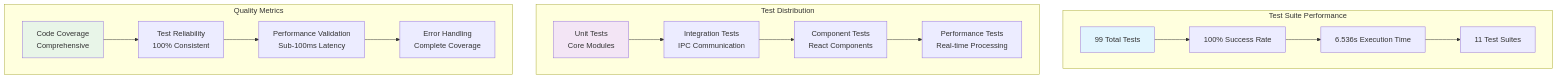
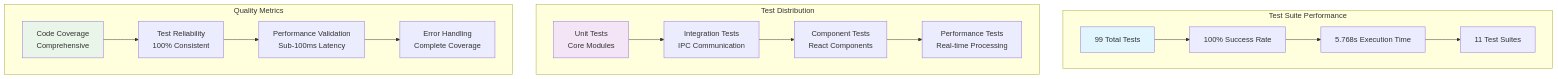
The first of 7 diagrams in evidence/PERFORMANCE-METRICS.md (Interlaken0/temperature-plotter), drawn with Mermaid before and after one commit. The commit also changed other lines of this file, not shown here.

````diff
--- a/evidence/PERFORMANCE-METRICS.md
+++ b/evidence/PERFORMANCE-METRICS.md
@@ -40,24 +40,24 @@
 ```mermaid
 graph TB
     subgraph "Test Suite Performance"
         A[99 Total Tests] --> B[100% Success Rate]
-        B --> C[6.536s Execution Time]
+        B --> C[5.768s Execution Time]
         C --> D[11 Test Suites]
     end
     
     subgraph "Test Distribution"
         E[Unit Tests<br/>Core Modules] --> F[Integration Tests<br/>IPC Communication]
         F --> G[Component Tests<br/>React Components]
         G --> H[Performance Tests<br/>Real-time Processing]
     end
     
     subgraph "Quality Metrics"
         I[Code Coverage<br/>Comprehensive] --> J[Test Reliability<br/>100% Consistent]
         J --> K[Performance Validation<br/>Sub-100ms Latency]
         K --> L[Error Handling<br/>Complete Coverage]
     end
     
     style A fill:#e1f5fe
     style E fill:#f3e5f5
     style I fill:#e8f5e8
 ```
````
